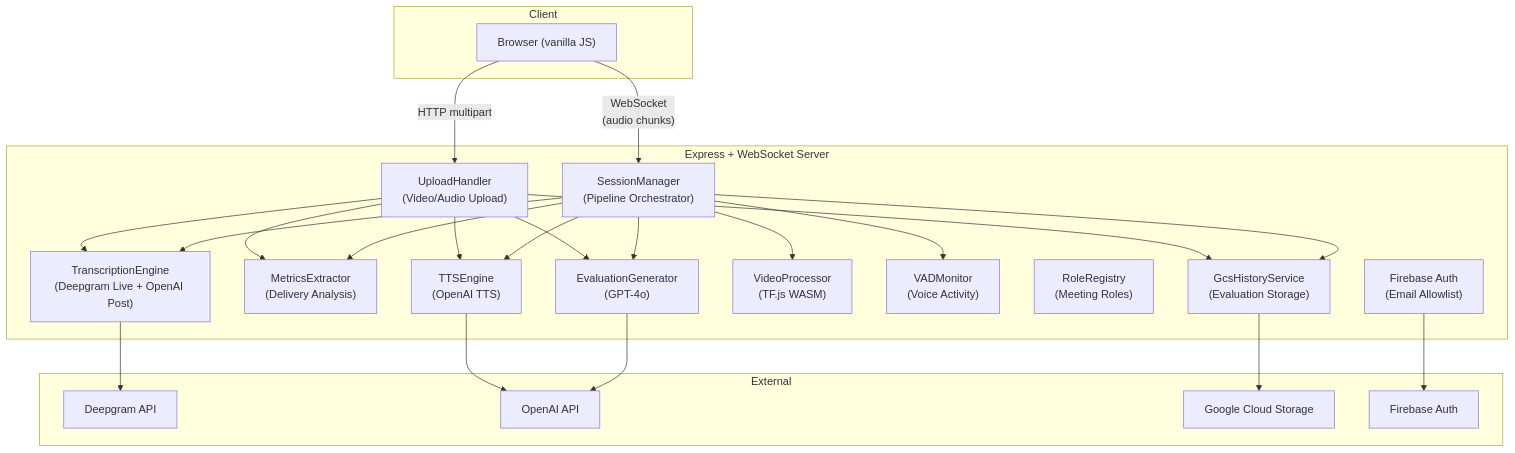
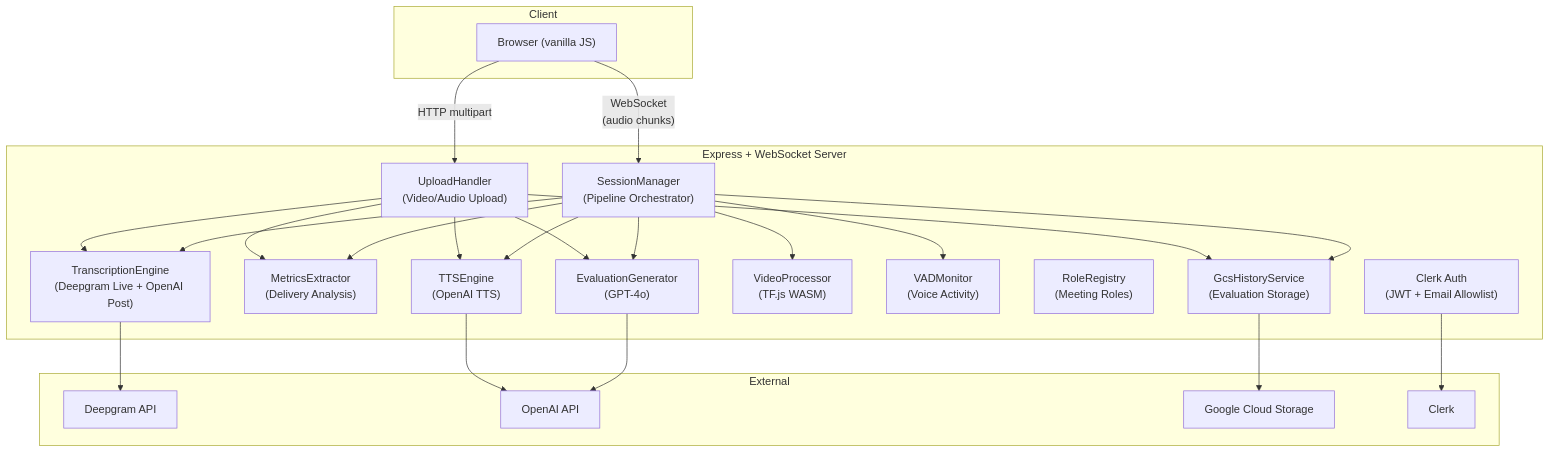
One commit to taverns-red/speech-evaluator changed the diagram in docs/architecture.md. Above: the diagram before and after it, drawn with Mermaid. The commit also changed other lines of this file and 2 other files, not shown here.

First line of the commit message:
docs: update product-spec, architecture, AGENTS.md for Clerk auth (#162)

````diff
--- a/docs/architecture.md
+++ b/docs/architecture.md
@@ -16,43 +16,43 @@
 ```mermaid
 graph TD
     subgraph Client
         Browser["Browser (vanilla JS)"]
     end
 
     subgraph Server ["Express + WebSocket Server"]
         SM["SessionManager<br/>(Pipeline Orchestrator)"]
         TE["TranscriptionEngine<br/>(Deepgram Live + OpenAI Post)"]
         ME["MetricsExtractor<br/>(Delivery Analysis)"]
         EG["EvaluationGenerator<br/>(GPT-4o)"]
         TTS["TTSEngine<br/>(OpenAI TTS)"]
         VP["VideoProcessor<br/>(TF.js WASM)"]
         VAD["VADMonitor<br/>(Voice Activity)"]
         RR["RoleRegistry<br/>(Meeting Roles)"]
         UH["UploadHandler<br/>(Video/Audio Upload)"]
         GH["GcsHistoryService<br/>(Evaluation Storage)"]
-        Auth["Firebase Auth<br/>(Email Allowlist)"]
+        Auth["Clerk Auth<br/>(JWT + Email Allowlist)"]
     end
 
     subgraph External
         DG["Deepgram API"]
         OAI["OpenAI API"]
         GCS["Google Cloud Storage"]
-        FA["Firebase Auth"]
+        CK["Clerk"]
     end
 
     Browser -->|"WebSocket<br/>(audio chunks)"| SM
     Browser -->|"HTTP multipart"| UH
     SM --> TE --> DG
     SM --> ME
     SM --> EG --> OAI
     SM --> TTS --> OAI
     SM --> VP
     SM --> VAD
     SM --> GH --> GCS
     UH --> TE
     UH --> ME
     UH --> EG
     UH --> TTS
     UH --> GH
-    Auth --> FA
+    Auth --> CK
 ```
````
